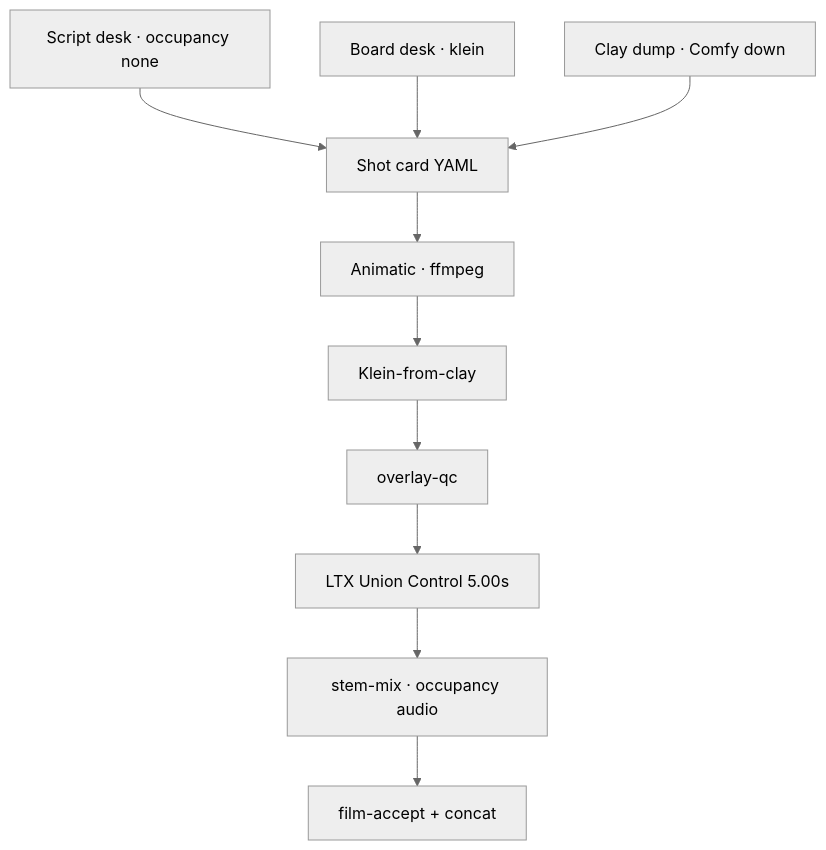
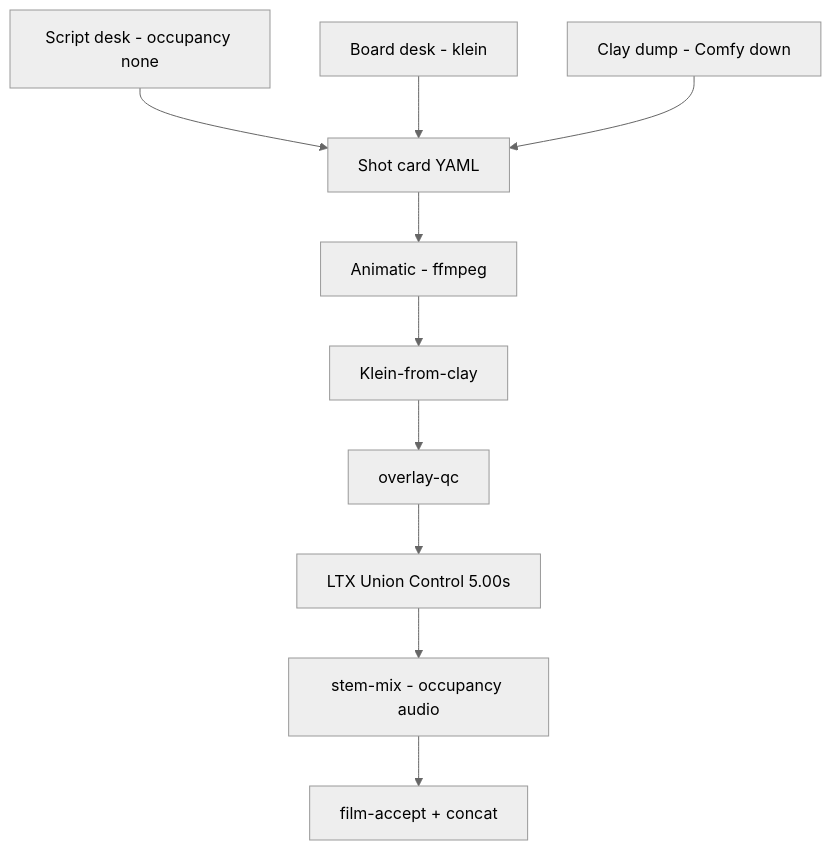
The diagram in docs/learn/clay-to-finish.md (toxicoder/ez-comfy-stack), drawn with Mermaid (neutral theme) before and after one commit. The commit also changed other lines of this file and 1894 other files, not shown here.

````diff
--- a/docs/learn/clay-to-finish.md
+++ b/docs/learn/clay-to-finish.md
@@ -33,12 +33,12 @@
 ```mermaid
 flowchart TB
-  S["Script desk · occupancy none"] --> Card["Shot card YAML"]
-  B["Board desk · klein"] --> Card
-  C["Clay dump · Comfy down"] --> Card
-  Card --> Ani["Animatic · ffmpeg"]
+  S["Script desk - occupancy none"] --> Card["Shot card YAML"]
+  B["Board desk - klein"] --> Card
+  C["Clay dump - Comfy down"] --> Card
+  Card --> Ani["Animatic - ffmpeg"]
   Ani --> Look["Klein-from-clay"]
   Look --> QC["overlay-qc"]
   QC --> Print["LTX Union Control 5.00s"]
-  Print --> Mix["stem-mix · occupancy audio"]
+  Print --> Mix["stem-mix - occupancy audio"]
   Mix --> Pub["film-accept + concat"]
 ```
````
